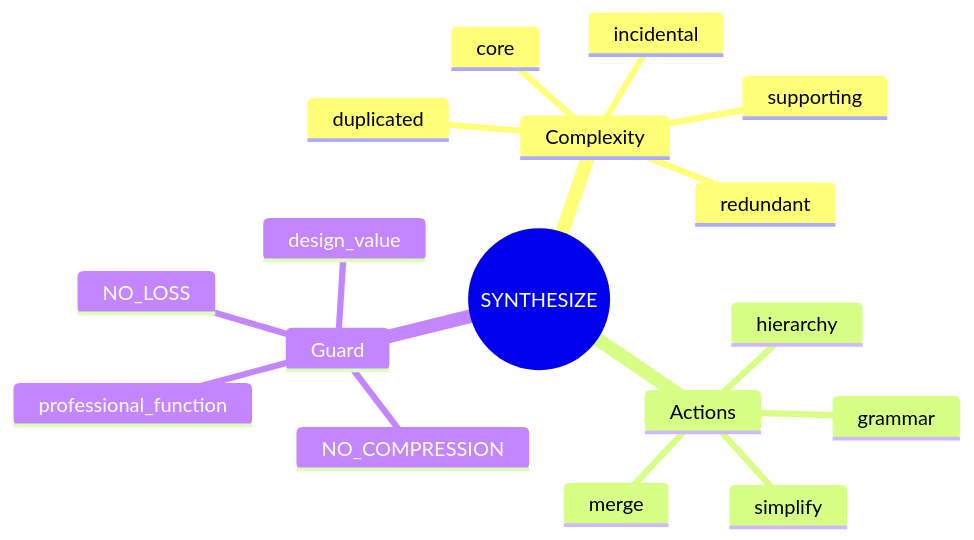
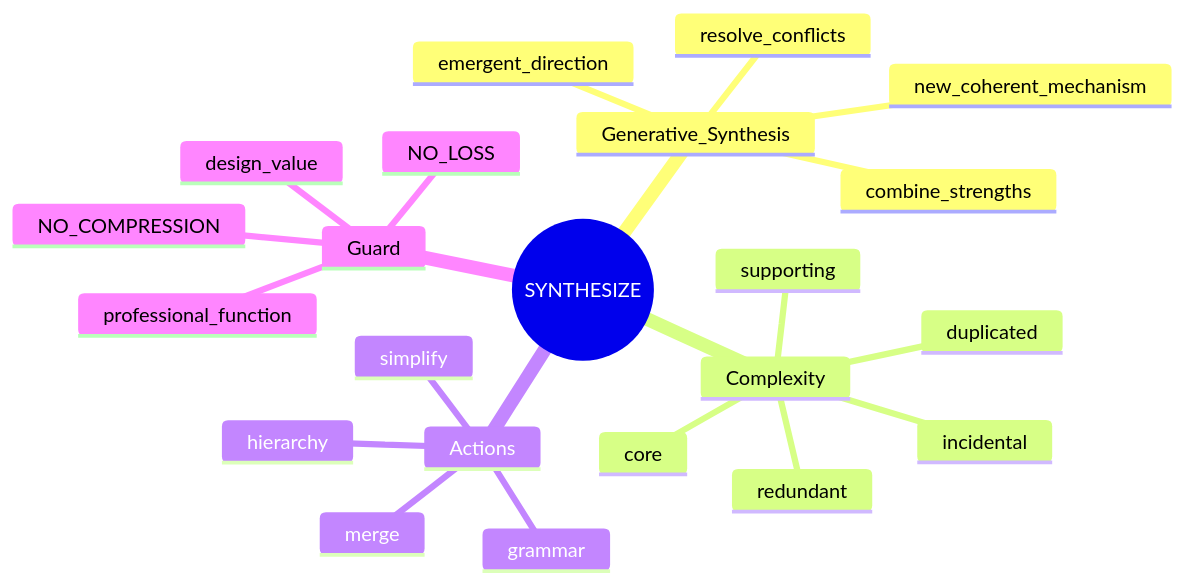
One commit to Jiaosong/Design changed the first of 3 diagrams in product-docs/v0.3/nodes/N03C_SYNTHESIZE.md. Above: the diagram before and after it, drawn with Mermaid. The commit also changed other lines of this file and 71 other files, not shown here.

````diff
--- a/product-docs/v0.3/nodes/N03C_SYNTHESIZE.md
+++ b/product-docs/v0.3/nodes/N03C_SYNTHESIZE.md
@@ -21,20 +21,25 @@
 ```mermaid
 mindmap
   root((SYNTHESIZE))
+    Generative_Synthesis
+      combine_strengths
+      resolve_conflicts
+      new_coherent_mechanism
+      emergent_direction
     Complexity
       core
       supporting
       redundant
       duplicated
       incidental
     Actions
       merge
       simplify
       hierarchy
       grammar
     Guard
       NO_COMPRESSION
       NO_LOSS
       professional_function
       design_value
 ```
````
